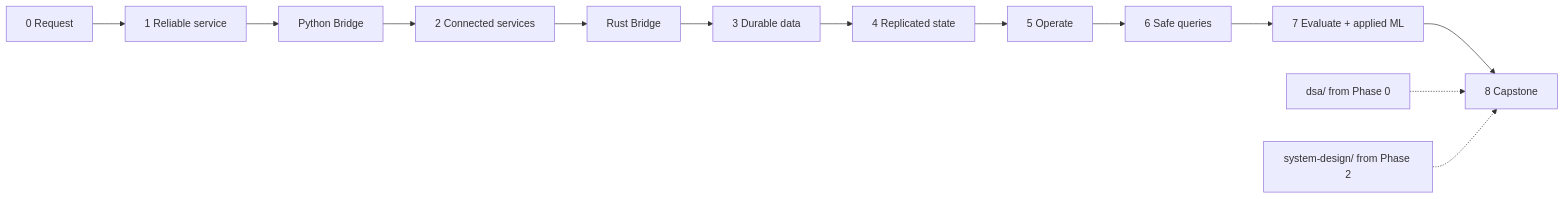
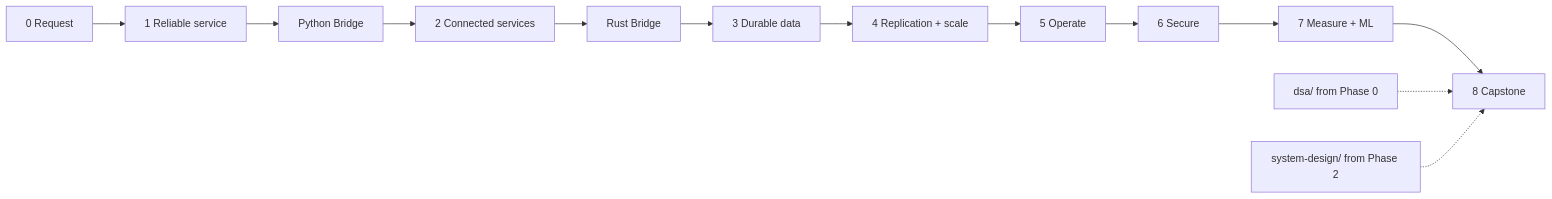
Before and after one commit to nickemma/Nicholas-Engineering-Blueprint: the second of 2 diagrams in JOURNEY.md, drawn with Mermaid. The commit also changed other lines of this file and 26 other files, not shown here.

```diff
--- a/JOURNEY.md
+++ b/JOURNEY.md
@@ -209,8 +172,8 @@
 ~~~mermaid
 flowchart LR
     P0[0 Request] --> P1[1 Reliable service] --> PY[Python Bridge] --> P2[2 Connected services]
-    P2 --> RB[Rust Bridge] --> P3[3 Durable data] --> P4[4 Replicated state]
-    P4 --> P5[5 Operate] --> P6[6 Safe queries] --> P7[7 Evaluate + applied ML] --> P8[8 Capstone]
+    P2 --> RB[Rust Bridge] --> P3[3 Durable data] --> P4[4 Replication + scale]
+    P4 --> P5[5 Operate] --> P6[6 Secure] --> P7[7 Measure + ML] --> P8[8 Capstone]
     DSA[dsa/ from Phase 0] -.-> P8
     SD[system-design/ from Phase 2] -.-> P8
 ~~~
```
